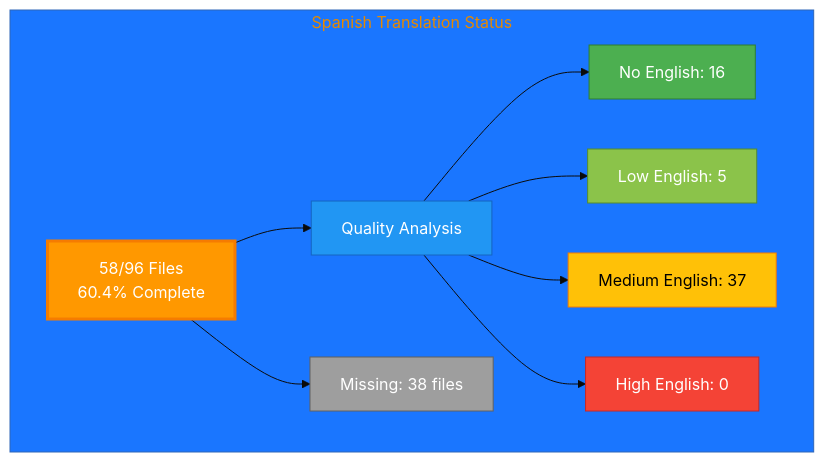
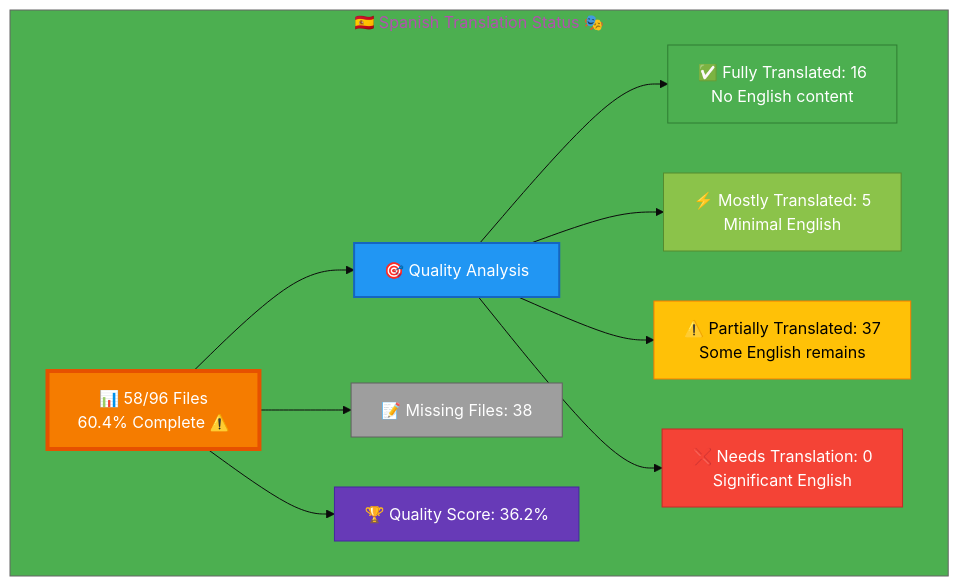
One commit to Hack23/homepage changed the diagram in Spanish-Translation-Status.md. Above: the diagram before and after it, drawn with Mermaid. The commit also changed other lines of this file and 26 other files, not shown here.

Commit message:
Complete validation & enhancement: icons, color-coded Mermaid diagrams, accuracy verified for all 26 files

````diff
--- a/Spanish-Translation-Status.md
+++ b/Spanish-Translation-Status.md
@@ -11,22 +12,26 @@
 ```mermaid
-%%{init: {'theme':'base', 'themeVariables': { 'primaryColor':'#FF9800'}}}%%
+%%{init: {'theme':'base', 'themeVariables': {'primaryColor':'#F57C00','secondaryColor':'#2196F3','tertiaryColor':'#4CAF50','fontSize':'16px'}}}%%
 graph TB
-    subgraph "Spanish Translation Status"
-        A[58/96 Files<br/>60.4% Complete]
-        A --> B[Quality Analysis]
-        B --> C[No English: 16]
-        B --> D[Low English: 5]
-        B --> E[Medium English: 37]
-        B --> F[High English: 0]
+    subgraph "🇪🇸 Spanish Translation Status 🎭"
+        A["📊 58/96 Files<br/>60.4% Complete ⚠️"]
         
-        A --> G[Missing: 38 files]
+        A --> B["🎯 Quality Analysis"]
+        B --> C["✅ Fully Translated: 16<br/>No English content"]
+        B --> D["⚡ Mostly Translated: 5<br/>Minimal English"]
+        B --> E["⚠️  Partially Translated: 37<br/>Some English remains"]
+        B --> F["❌ Needs Translation: 0<br/>Significant English"]
         
-        style A fill:#FF9800,stroke:#F57C00,color:#fff,stroke-width:3px
-        style B fill:#2196F3,stroke:#1565C0,color:#fff
+        A --> G["📝 Missing Files: 38"]
+        
+        A --> H["🏆 Quality Score: 36.2%"]
+        
+        style A fill:#F57C00,stroke:#E65100,color:#fff,stroke-width:4px
+        style B fill:#2196F3,stroke:#1565C0,color:#fff,stroke-width:2px
         style C fill:#4CAF50,stroke:#2E7D32,color:#fff
         style D fill:#8BC34A,stroke:#558B2F,color:#fff
         style E fill:#FFC107,stroke:#F57C00,color:#000
         style F fill:#F44336,stroke:#C62828,color:#fff
         style G fill:#9E9E9E,stroke:#616161,color:#fff
+        style H fill:#673AB7,stroke:#4527A0,color:#fff
     end
 ```
````
